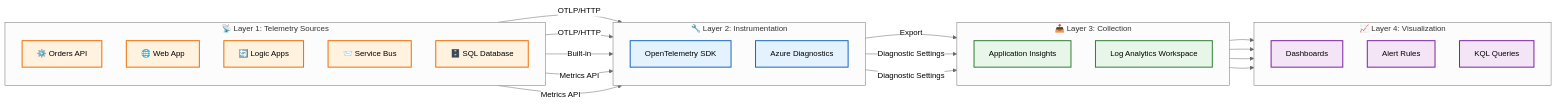
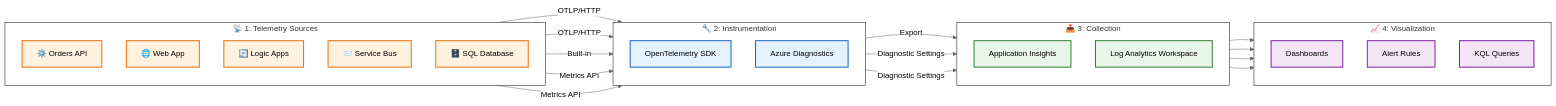
The fourth of 6 diagrams in docs/architecture/02-data-architecture.md (Evilazaro/Azure-LogicApps-Monitoring), drawn with Mermaid (neutral theme) before and after one commit. The commit also changed other lines of this file and 2 other files, not shown here.

Commit message:
Refactor Mermaid diagrams for improved clarity and consistency in business and data architecture documentation

````diff
--- a/docs/architecture/02-data-architecture.md
+++ b/docs/architecture/02-data-architecture.md
@@ -175,55 +177,57 @@
 ```mermaid
 flowchart LR
-    subgraph Sources["📡 Layer 1: Telemetry Sources"]
-        direction TB
+ subgraph Sources["📡 1: Telemetry Sources"]
+    direction TB
         API["⚙️ Orders API"]
         Web["🌐 Web App"]
         LA["🔄 Logic Apps"]
         SB["📨 Service Bus"]
         SQL["🗄️ SQL Database"]
-    end
-
-    subgraph Instrumentation["🔧 Layer 2: Instrumentation"]
-        direction TB
+  end
+ subgraph Instrumentation["🔧 2: Instrumentation"]
+    direction TB
         OTEL["OpenTelemetry SDK"]
         AzDiag["Azure Diagnostics"]
-    end
-
-    subgraph Collection["📥 Layer 3: Collection"]
-        direction TB
+  end
+ subgraph Collection["📥 3: Collection"]
+    direction TB
         AI["Application Insights"]
         LAW["Log Analytics Workspace"]
-    end
-
-    subgraph Visualization["📈 Layer 4: Visualization"]
-        direction TB
+  end
+ subgraph Visualization["📈 4: Visualization"]
+    direction TB
         Dash["Dashboards"]
         Alerts["Alert Rules"]
         KQL["KQL Queries"]
-    end
+  end
+    API -- OTLP/HTTP --> OTEL
+    Web -- OTLP/HTTP --> OTEL
+    LA -- "Built-in" --> AzDiag
+    SB -- Metrics API --> AzDiag
+    SQL -- Metrics API --> AzDiag
+    OTEL -- Export --> AI
+    AzDiag -- Diagnostic Settings --> LAW & AI
+    AI --> Dash & Alerts & KQL
+    LAW --> KQL
 
-    API -->|"OTLP/HTTP"| OTEL
-    Web -->|"OTLP/HTTP"| OTEL
-    LA -->|"Built-in"| AzDiag
-    SB -->|"Metrics API"| AzDiag
-    SQL -->|"Metrics API"| AzDiag
-
-    OTEL -->|"Export"| AI
-    AzDiag -->|"Diagnostic Settings"| LAW
-    AzDiag -->|"Diagnostic Settings"| AI
-
-    AI --> Dash
-    AI --> Alerts
-    LAW --> KQL
-    AI --> KQL
-
+     API:::source
+     Web:::source
+     LA:::source
+     SB:::source
+     SQL:::source
+     OTEL:::instrument
+     AzDiag:::instrument
+     AI:::collect
+     LAW:::collect
+     Dash:::visual
+     Alerts:::visual
+     KQL:::visual
     classDef source fill:#fff3e0,stroke:#ef6c00,stroke-width:2px
     classDef instrument fill:#e3f2fd,stroke:#1565c0,stroke-width:2px
     classDef collect fill:#e8f5e9,stroke:#2e7d32,stroke-width:2px
     classDef visual fill:#f3e5f5,stroke:#7b1fa2,stroke-width:2px
-
-    class API,Web,LA,SB,SQL source
-    class OTEL,AzDiag instrument
-    class AI,LAW collect
-    class Dash,Alerts,KQL visual
+    style Sources stroke:#000000,fill:#FFFFFF
+    style Instrumentation stroke:#000000,fill:#FFFFFF
+    style Collection stroke:#000000,fill:#FFFFFF
+    style Visualization stroke:#000000,fill:#FFFFFF
 ```
````
